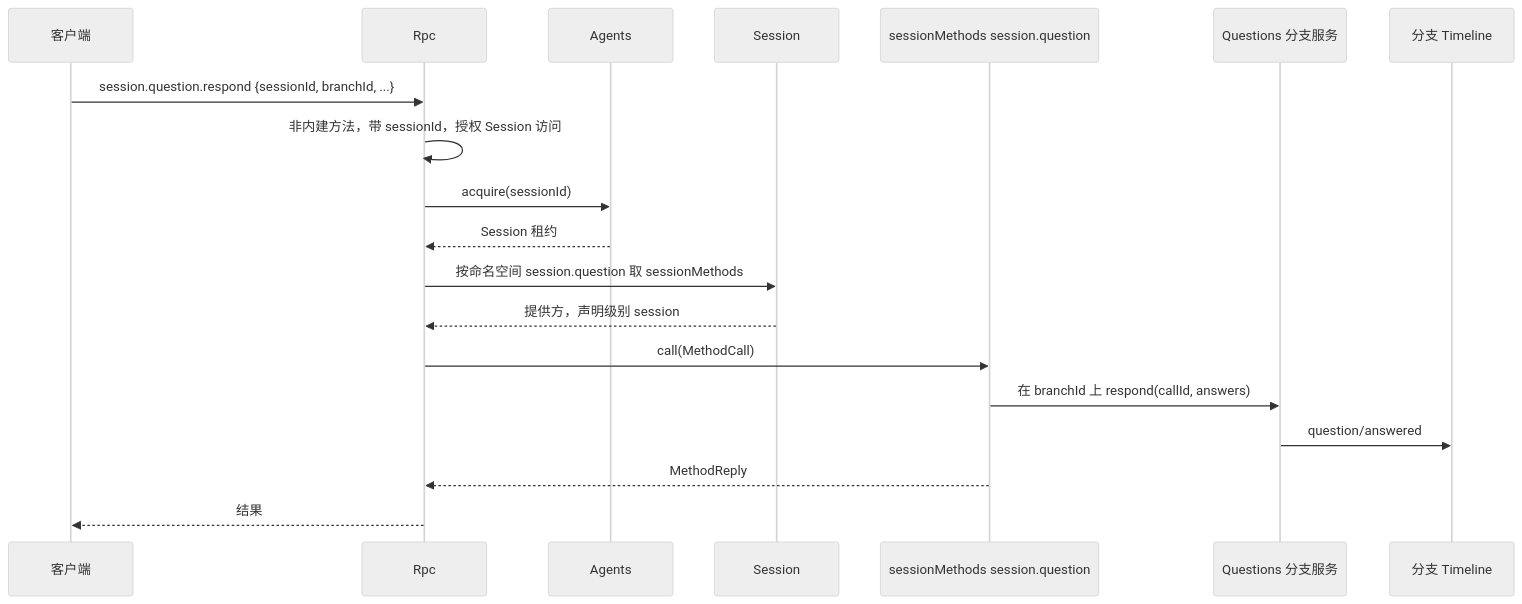
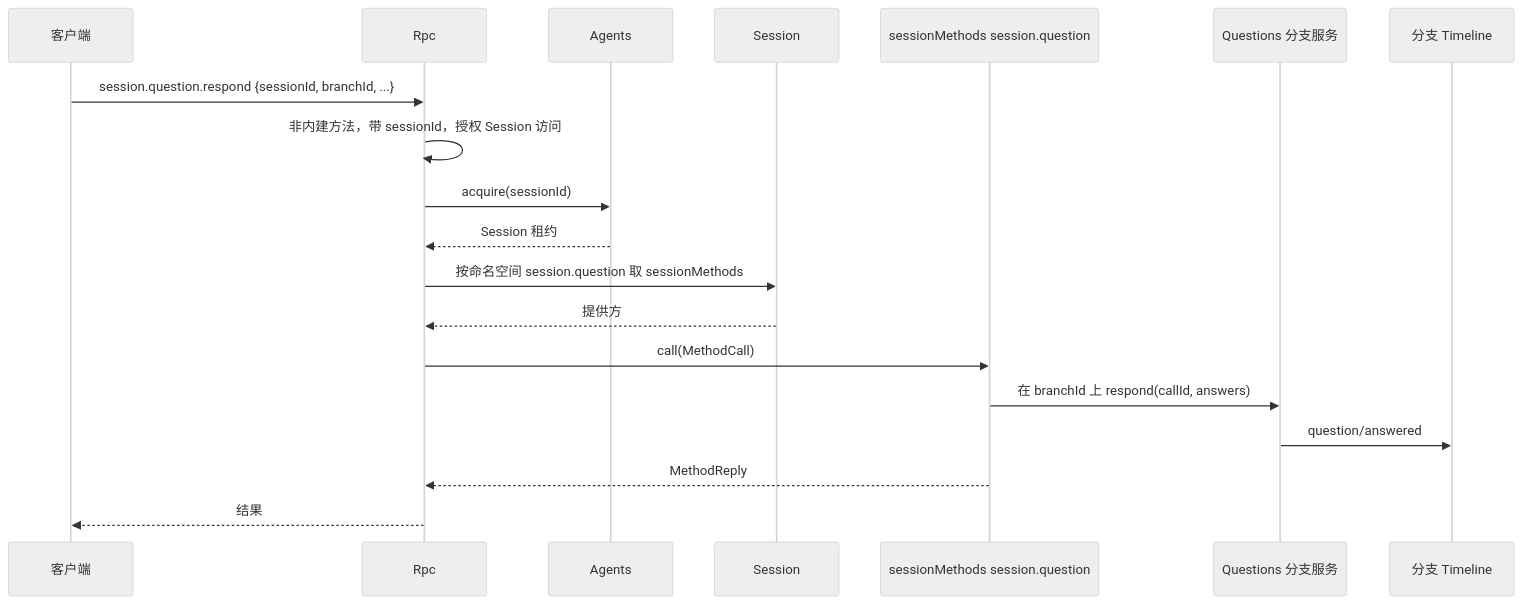
The second of 3 diagrams in docs/zh/design/contracts/session-boundary.md (CoutinhoTTS/dim-agent), drawn with Mermaid (neutral theme) before and after one commit. The commit also changed other lines of this file and 42 other files, not shown here.

````diff
--- a/docs/zh/design/contracts/session-boundary.md
+++ b/docs/zh/design/contracts/session-boundary.md
@@ -65,21 +67,21 @@
 ```mermaid
 sequenceDiagram
   participant CL as 客户端
   participant Rpc as Rpc
   participant AI as Agents
   participant S as Session
   participant Q as sessionMethods session.question
   participant QB as Questions 分支服务
   participant TL as 分支 Timeline
   CL->>Rpc: session.question.respond {sessionId, branchId, ...}
   Rpc->>Rpc: 非内建方法，带 sessionId，授权 Session 访问
   Rpc->>AI: acquire(sessionId)
   AI-->>Rpc: Session 租约
   Rpc->>S: 按命名空间 session.question 取 sessionMethods
-  S-->>Rpc: 提供方，声明级别 session
+  S-->>Rpc: 提供方
   Rpc->>Q: call(MethodCall)
   Q->>QB: 在 branchId 上 respond(callId, answers)
   QB->>TL: question/answered
   Q-->>Rpc: MethodReply
   Rpc-->>CL: 结果
 ```
````
